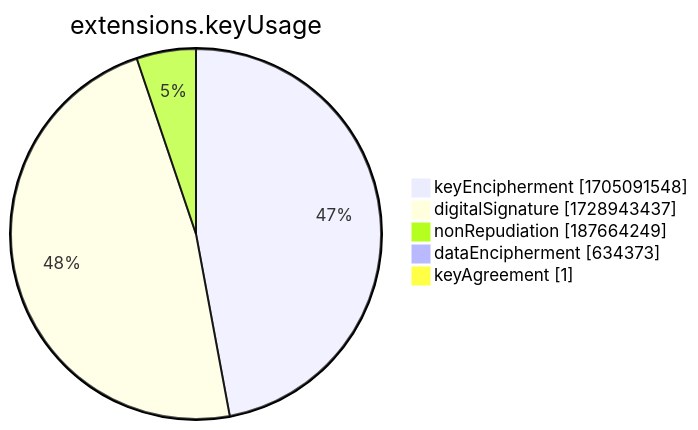
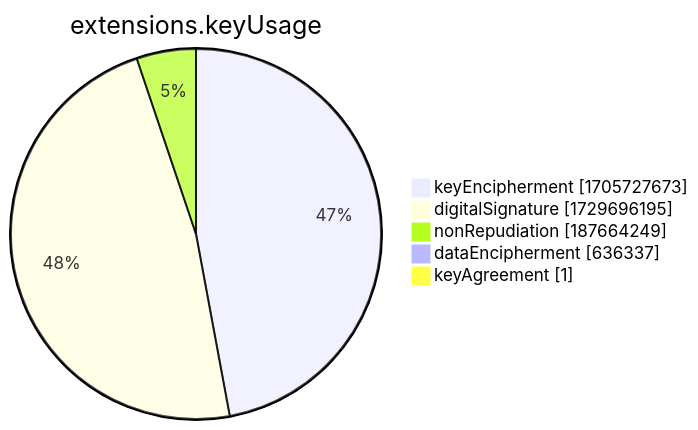
The seventh of 15 diagrams in xenon2022/README.md (christiankrug/ctmonitor_visualization), drawn with Mermaid before and after one commit. The commit also changed other lines of this file, not shown here.

````diff
--- a/xenon2022/README.md
+++ b/xenon2022/README.md
@@ -2858,9 +2858,9 @@
 ```mermaid
 pie showData
 title extensions.keyUsage
-"keyEncipherment" :1705091548
-"digitalSignature" :1728943437
+"keyEncipherment" :1705727673
+"digitalSignature" :1729696195
 "nonRepudiation" :187664249
-"dataEncipherment" :634373
+"dataEncipherment" :636337
 "keyAgreement" :1
 ```
````
